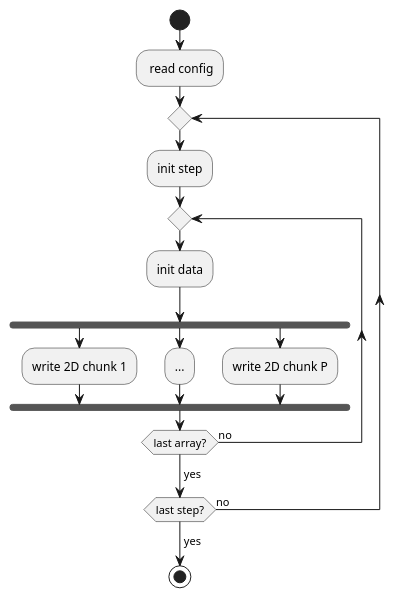
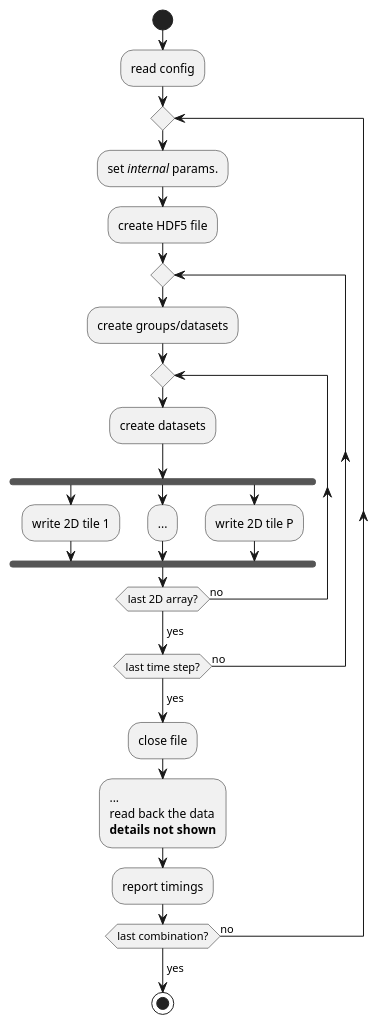
The diagram in README.org (HDFGroup/hdf5-iotest), drawn with PlantUML before and after one commit. The commit also changed other lines of this file and 1 other file, not shown here.

Commit message:
Updated figure.

```diff
--- a/README.org
+++ b/README.org
@@ -15,24 +15,34 @@
 #+begin_src plantuml :hidden :file ./img/flow.png :exports results
 
 start
 
-: read config;
+:read config;
 repeat
-  :init step;
+  :set <i>internal</i> params.;
+  :create HDF5 file;
   repeat
-    :init data;
-    fork
-      :write 2D chunk 1;
-    fork again
-      :...;
-    fork again
-      :write 2D chunk P;
-    end fork
-  repeat while (last array?) is (no)
+    :create groups/datasets;
+    repeat
+      :create datasets;
+      fork
+        :write 2D tile 1;
+      fork again
+        :...;
+      fork again
+        :write 2D tile P;
+      end fork
+    repeat while (last 2D array?) is (no)
+    ->yes;
+  repeat while (last time step?) is (no)
   ->yes;
-repeat while (last step?) is (no)
+  :close file;
+  :...
+  read back the data
+  **details not shown**;
+  :report timings;
+repeat while (last combination?) is (no)
 ->yes;
 
 stop
 
 #+end_src
```
